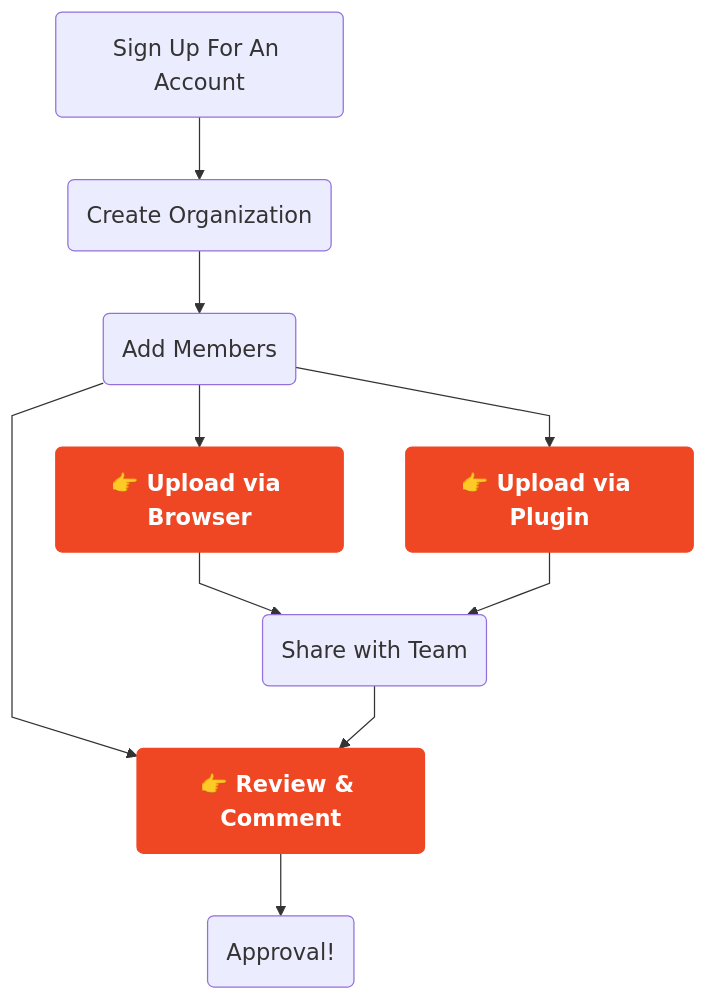
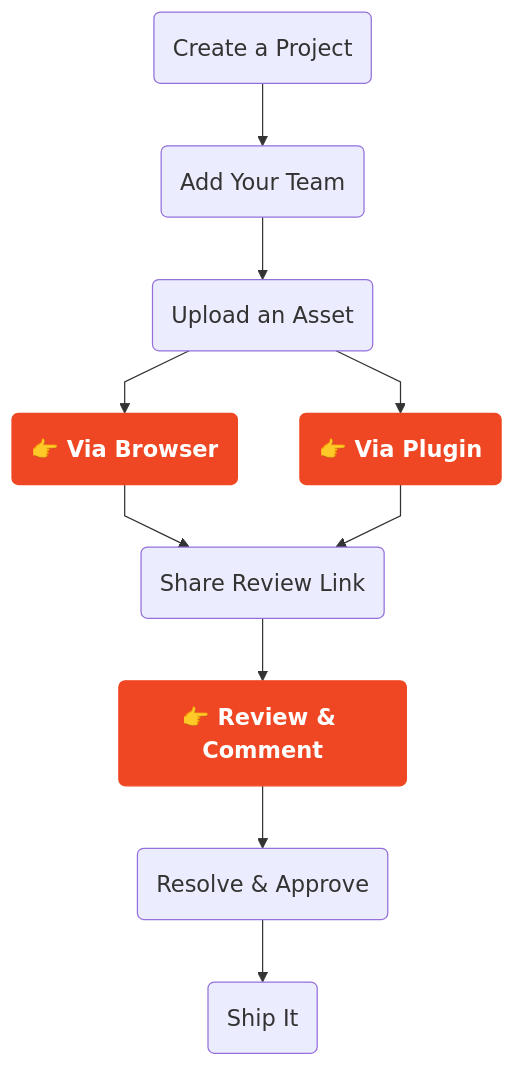
One commit to 180-studios/shale-docs changed the diagram in src/content/docs/01_Getting_Started/introduction.mdx. Above: the diagram before and after it, drawn with Mermaid. The commit also changed other lines of this file and 14 other files, not shown here.

````diff
--- a/src/content/docs/01_Getting_Started/introduction.mdx
+++ b/src/content/docs/01_Getting_Started/introduction.mdx
@@ -71,21 +76,21 @@
 ```mermaid
 %%{init: {'flowchart': {'curve': 'linear'}, 'themeVariables': {'fontSize': '18px'}}}%%
 flowchart TD
-  A(Sign Up For An Account)
-  A --> B(Create Organization)
-  B --> C(Add Members)
-  C --> D("<b>👉 Upload via Browser</b>") & G("<b>👉 Upload via Plugin</b>")
-  C --> E("<b>👉 Review & Comment</b>")
-  D --> I(Share with Team)
+  A(Create a Project)
+  A --> B(Add Your Team)
+  B --> C(Upload an Asset)
+  C --> D("<b>👉 Via Browser</b>") & G("<b>👉 Via Plugin</b>")
+  D --> I(Share Review Link)
   G --> I
-  I --> E
-  E --> J(Approval!)
+  I --> E("<b>👉 Review & Comment</b>")
+  E --> J(Resolve & Approve)
+  J --> K(Ship It)
 
   click D href "/02_browser_upload/overview" "Upload via Browser"
   click G href "/03_plugin_upload/overview" "Upload via Plugin"
   click E href "/04_review/overview" "Review & Comment"
 
   style D fill:#ef4723,color:#fff,stroke:#ef4723,cursor:pointer,font-weight:bold
   style G fill:#ef4723,color:#fff,stroke:#ef4723,cursor:pointer,font-weight:bold
   style E fill:#ef4723,color:#fff,stroke:#ef4723,cursor:pointer,font-weight:bold
 ```
````
